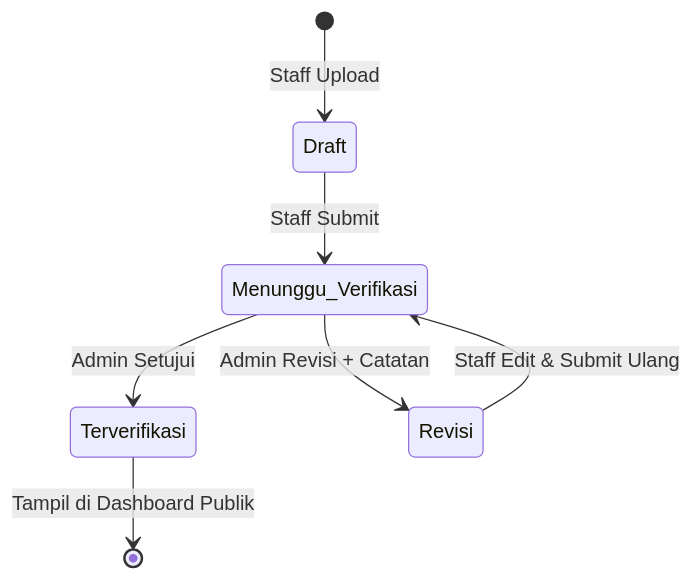
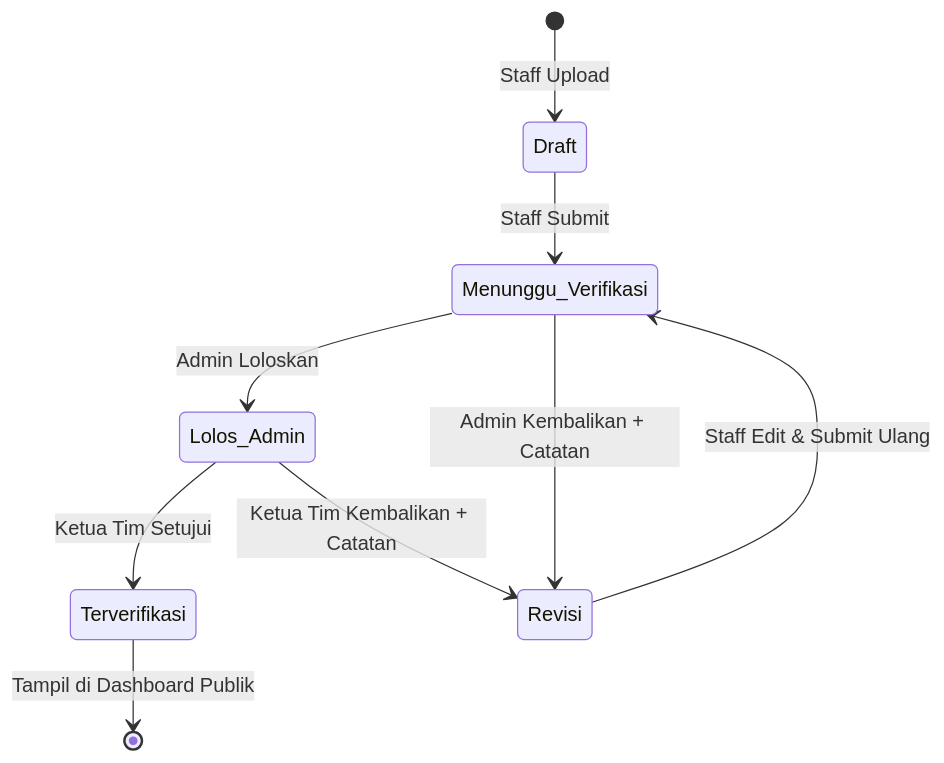
Before and after one commit to Adivalisna1/WEB-MAGANG-: the second of 10 diagrams in README.md, drawn with Mermaid. The commit also changed other lines of this file and 42 other files, not shown here.

Commit message:
v2.0.0: verifikasi 2 tahap, hapus sistem divisi, nomor laporan, semester, limit 50MB, preview ketua tim & dokumentasi proses bisnis

````diff
--- a/README.md
+++ b/README.md
@@ -248,9 +304,11 @@
 ```mermaid
 stateDiagram-v2
     [*] --> Draft: Staff Upload
     Draft --> Menunggu_Verifikasi: Staff Submit
-    Menunggu_Verifikasi --> Terverifikasi: Admin Setujui
-    Menunggu_Verifikasi --> Revisi: Admin Revisi + Catatan
+    Menunggu_Verifikasi --> Lolos_Admin: Admin Loloskan
+    Menunggu_Verifikasi --> Revisi: Admin Kembalikan + Catatan
+    Lolos_Admin --> Terverifikasi: Ketua Tim Setujui
+    Lolos_Admin --> Revisi: Ketua Tim Kembalikan + Catatan
     Revisi --> Menunggu_Verifikasi: Staff Edit & Submit Ulang
     Terverifikasi --> [*]: Tampil di Dashboard Publik
 ```
````
